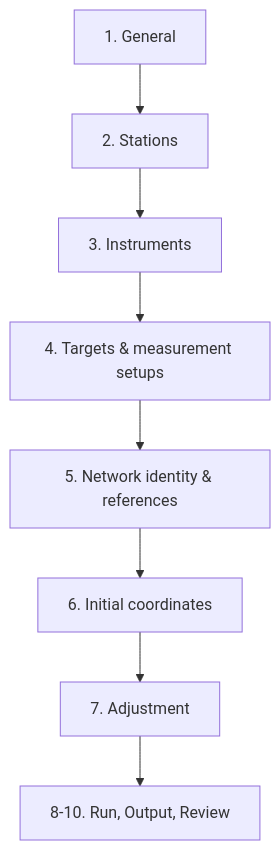
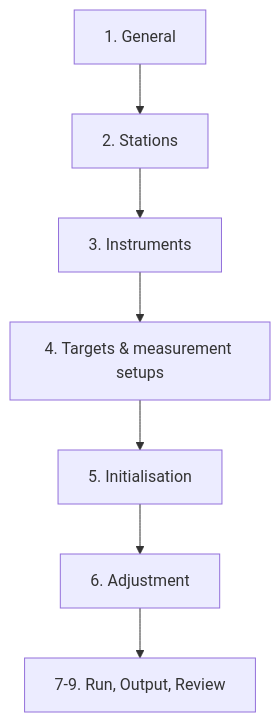
Before and after one commit to boumeshal-MOB/StarNet: the diagram in docs/context/08-processing-creation-flow.md, drawn with Mermaid. The commit also changed other lines of this file and 15 other files, not shown here.

Commit message:
Correct mapping defaults and initialization flow

````diff
--- a/docs/context/08-processing-creation-flow.md
+++ b/docs/context/08-processing-creation-flow.md
@@ -20,10 +20,9 @@
 ```mermaid
 flowchart TD
     A["1. General"] --> B["2. Stations"]
     B --> C["3. Instruments"]
     C --> D["4. Targets & measurement setups"]
-    D --> E["5. Network identity & references"]
-    E --> F["6. Initial coordinates"]
-    F --> G["7. Adjustment"]
-    G --> H["8-10. Run, Output, Review"]
+    D --> E["5. Initialisation"]
+    E --> F["6. Adjustment"]
+    F --> G["7-9. Run, Output, Review"]
 ```
````
